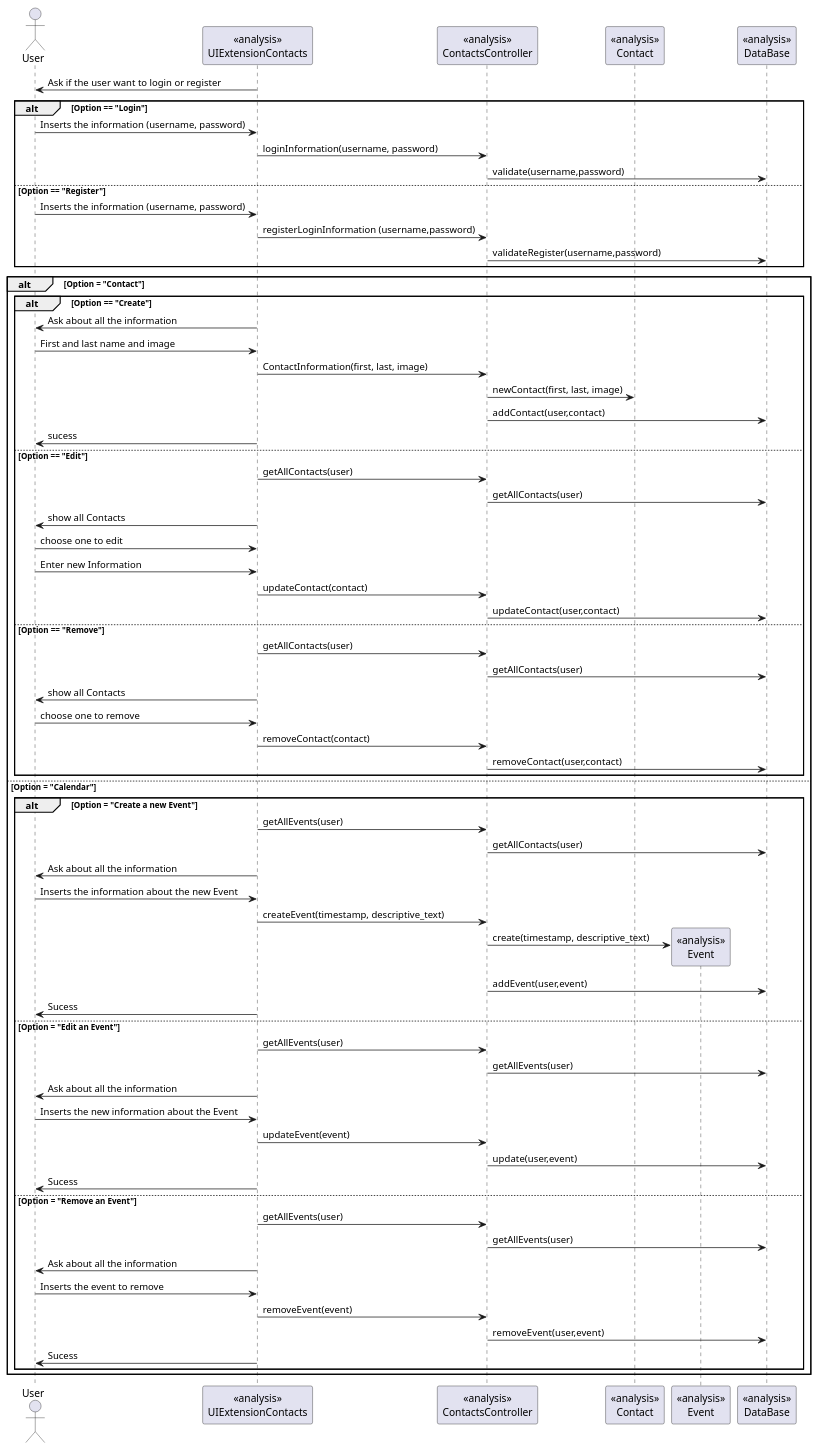
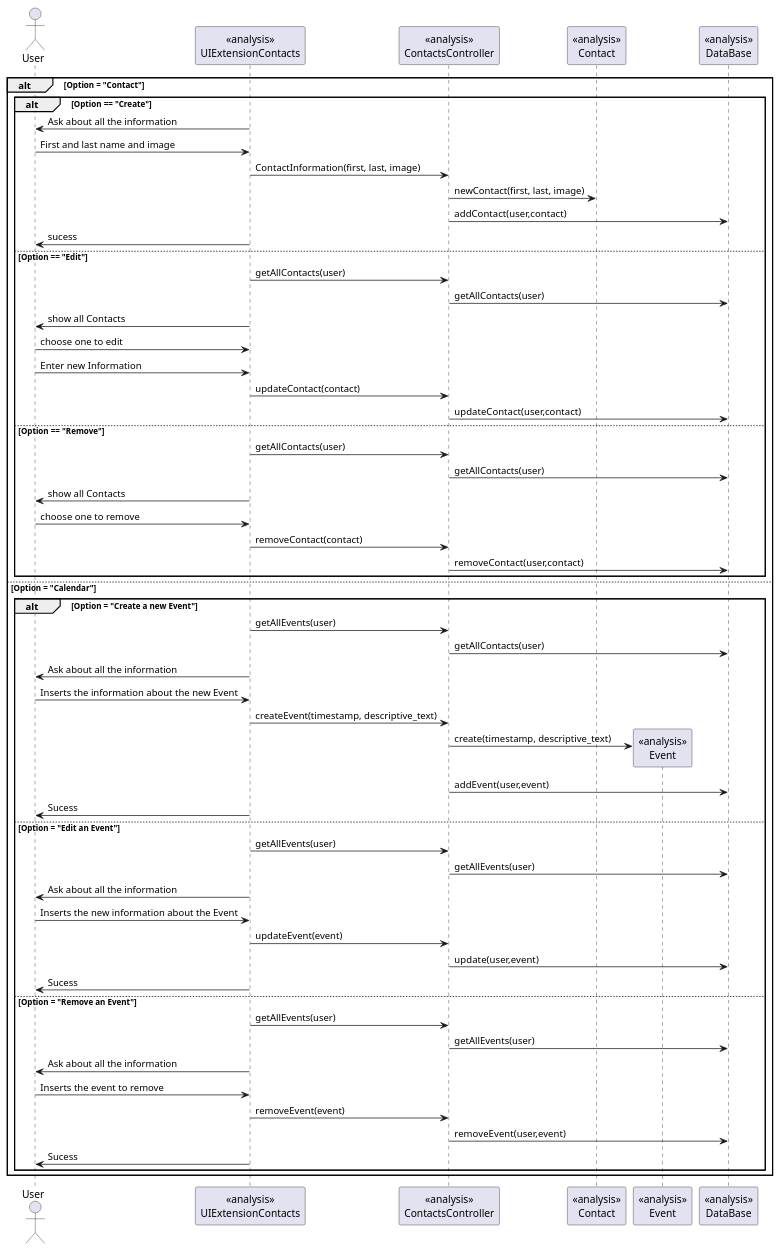
One commit to 1130348/Confusao changed the diagram in src/csheets/userstories/crm01_01/edicao_contacto/i130371/comments_extension_uc_analysis_crm_01_01.puml. Above: the diagram before and after it, drawn with PlantUML. The commit also changed 9 other files, not shown here.

```diff
--- a/src/csheets/userstories/crm01_01/edicao_contacto/i130371/comments_extension_uc_analysis_crm_01_01.puml
+++ b/src/csheets/userstories/crm01_01/edicao_contacto/i130371/comments_extension_uc_analysis_crm_01_01.puml
@@ -1,85 +1,75 @@
- @startuml doc-files/comments_extension_uc_analysis_crm_01_01.png
+@startuml doc-files/comments_extension_uc_analysis_crm_01_01.png
 
   actor User
   participant "<<analysis>>\nUIExtensionContacts" as UI
   participant "<<analysis>>\nContactsController" as ctrl
   participant "<<analysis>>\nContact" as contact
   participant "<<analysis>>\nEvent" as event
   participant "<<analysis>>\nDataBase" as db
 
-UI -> User : Ask if the user want to login or register
 
-alt Option == "Login"
-    User -> UI : Inserts the information (username, password)
-    UI -> ctrl : loginInformation(username, password)
-    ctrl -> db : validate(username,password)
-else Option == "Register"
-    User -> UI : Inserts the information (username, password)
-    UI -> ctrl : registerLoginInformation (username,password)
-    ctrl -> db : validateRegister(username,password)
-end
 
 alt Option = "Contact"
 alt Option == "Create"
 
     UI -> User: Ask about all the information
 	User -> UI: First and last name and image
 	UI ->ctrl: ContactInformation(first, last, image)
 	ctrl -> contact: newContact(first, last, image)
 	ctrl -> db: addContact(user,contact)
 	UI -> User: sucess
 
 else Option == "Edit"
 
     UI -> ctrl: getAllContacts(user)
 	ctrl -> db: getAllContacts(user)
 	UI -> User: show all Contacts
 	User -> UI: choose one to edit
         User -> UI: Enter new Information
 	UI -> ctrl: updateContact(contact)
         ctrl -> db: updateContact(user,contact)
 
 else Option == "Remove"
 
         UI -> ctrl: getAllContacts(user)
 	ctrl -> db: getAllContacts(user)
 	UI -> User: show all Contacts
 	User -> UI: choose one to remove
 	UI -> ctrl: removeContact(contact)
         ctrl -> db: removeContact(user,contact)
 end
 
 else Option = "Calendar"
 
 alt Option = "Create a new Event"
         UI -> ctrl: getAllEvents(user)
 	ctrl -> db: getAllContacts(user)
 	UI -> User: Ask about all the information
 	User -> UI: Inserts the information about the new Event
 	UI -> ctrl: createEvent(timestamp, descriptive_text)
         create event
 	ctrl -> event: create(timestamp, descriptive_text)
         ctrl -> db: addEvent(user,event)
         UI -> User: Sucess
 else Option = "Edit an Event"
         UI -> ctrl: getAllEvents(user)
 	ctrl -> db: getAllEvents(user)
         UI -> User: Ask about all the information
 	User -> UI: Inserts the new information about the Event
 	UI -> ctrl: updateEvent(event)
         ctrl -> db: update(user,event)
         UI -> User: Sucess
 
 else Option = "Remove an Event"
         UI -> ctrl: getAllEvents(user)
 	ctrl -> db: getAllEvents(user)
         UI -> User: Ask about all the information
 	User -> UI: Inserts the event to remove
 	UI -> ctrl: removeEvent(event)
         ctrl -> db: removeEvent(user,event)
         UI -> User: Sucess
 end
 
 end
 
 @enduml
```
